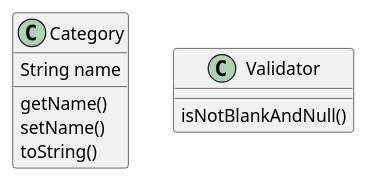
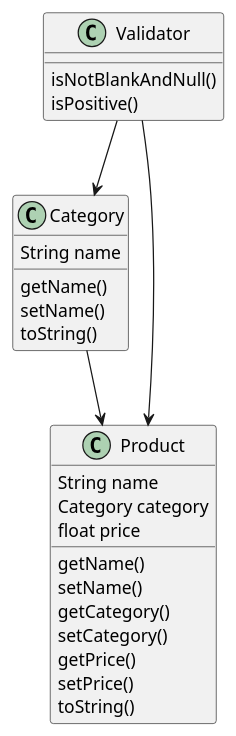
One commit to MrsWanga/ProgramowanieObiektowe changed the diagram in src/Diagram.puml. Above: the diagram before and after it, drawn with PlantUML. The commit also changed 3 other files, not shown here.

```diff
--- a/src/Diagram.puml
+++ b/src/Diagram.puml
@@ -1,16 +1,32 @@
 @startuml
 'https://plantuml.com/class-diagram
+Validator --> Category
+Category --> Product
+Validator --> Product
 
 class Category {
 String name
 getName()
 setName()
 toString()
 }
+class Product {
+String name
+Category category
+float price
+getName()
+setName()
+getCategory()
+setCategory()
+getPrice()
+setPrice()
+toString()
+}
 
 class Validator {
 isNotBlankAndNull()
+isPositive()
 }
 
 
 @enduml
```
